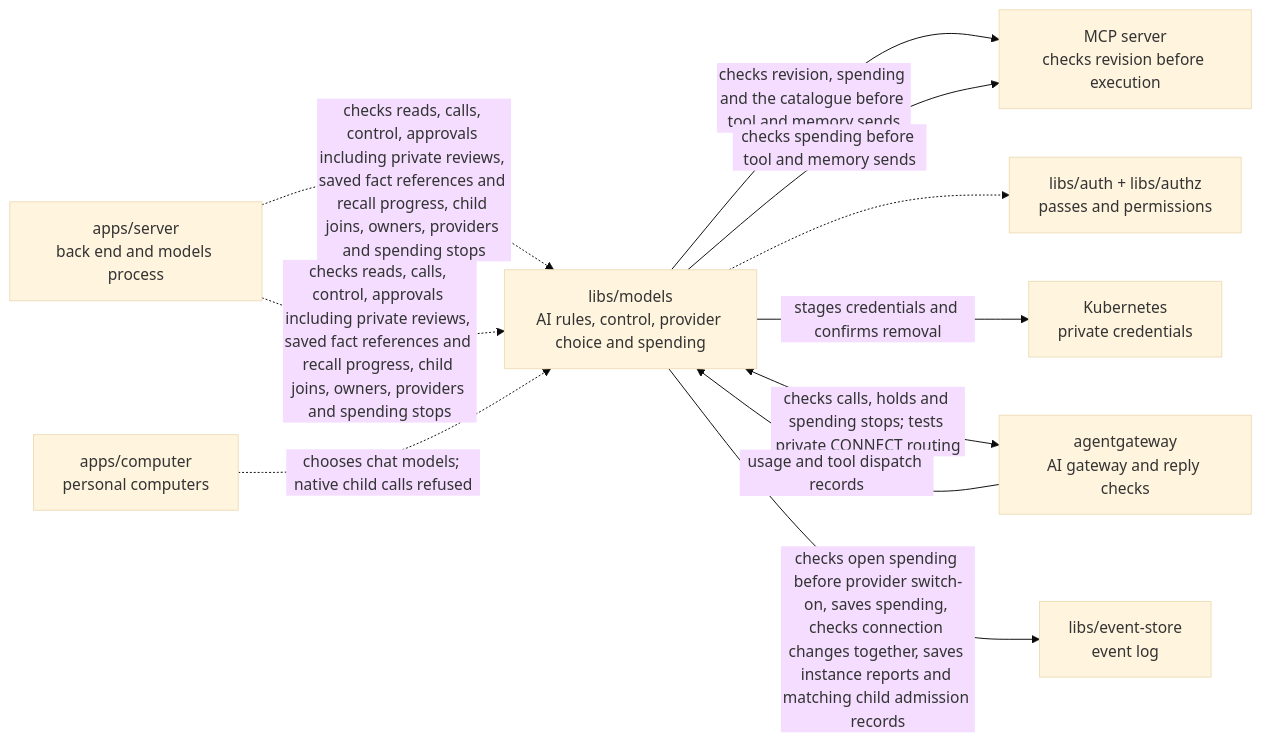
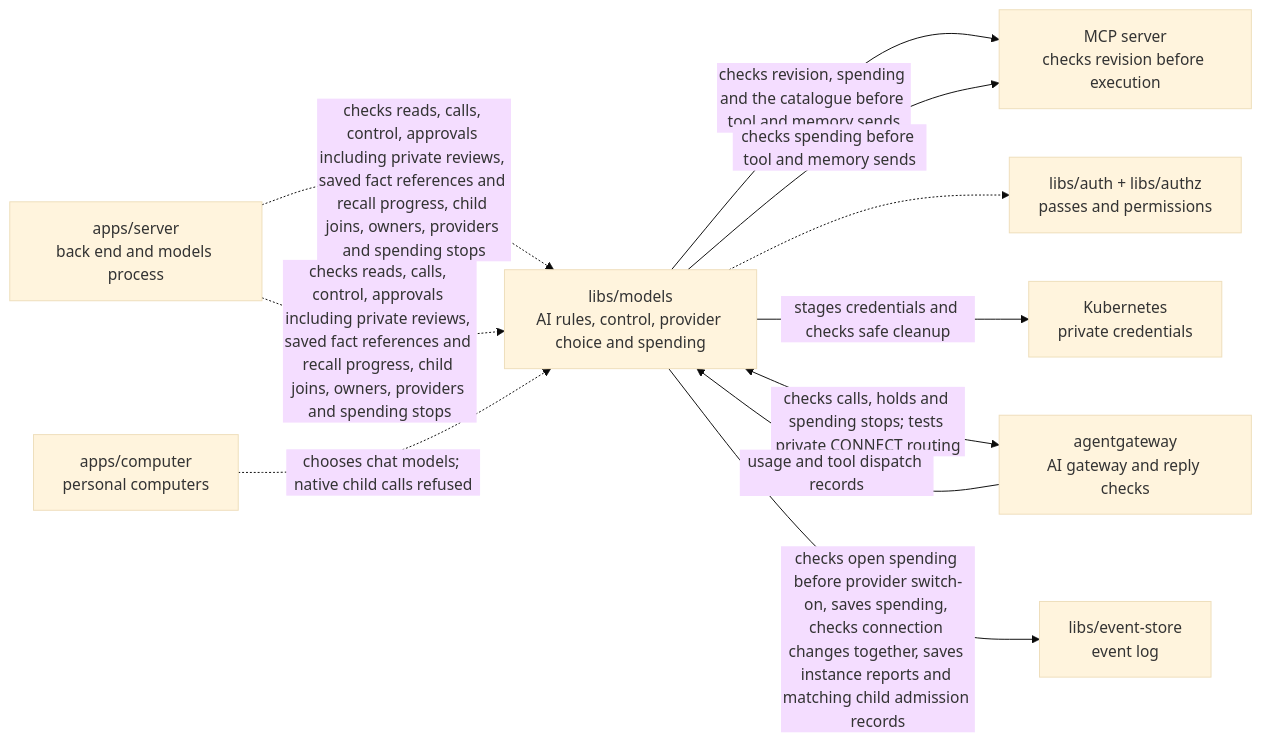
One commit to elewa-git/opencrane-new changed the diagram in libs/models/README.md. Above: the diagram before and after it, drawn with Mermaid (base theme). The commit also changed other lines of this file and 8 other files, not shown here.

````diff
--- a/libs/models/README.md
+++ b/libs/models/README.md
@@ -14,13 +14,13 @@
 ```mermaid
 flowchart LR
   server["apps/server<br/>back end and models process"] -.->|checks reads, calls, control, approvals including private reviews, saved fact references and recall progress, child joins, owners, providers and spending stops| models["libs/models<br/>AI rules, control, provider choice and spending"]
   models -->|checks revision, spending and the catalogue before tool and memory sends| mcp["MCP server<br/>checks revision before execution"]
   server["apps/server<br/>back end and models process"] -.->|checks reads, calls, control, approvals including private reviews, saved fact references and recall progress, child joins, owners, providers and spending stops| models["libs/models<br/>AI rules, control, provider choice and spending"]
   models -->|checks spending before tool and memory sends| mcp["MCP server<br/>checks revision before execution"]
   computer["apps/computer<br/>personal computers"] -.->|chooses chat models; native child calls refused| models
   models -.-> auth["libs/auth + libs/authz<br/>passes and permissions"]
-  models -->|stages credentials and confirms removal| custody["Kubernetes<br/>private credentials"]
+  models -->|stages credentials and checks safe cleanup| custody["Kubernetes<br/>private credentials"]
   models <-->|checks calls, holds and spending stops; tests private CONNECT routing| gateway["agentgateway<br/>AI gateway and reply checks"]
   gateway -->|usage and tool dispatch records| models
   models -->|checks open spending before provider switch-on, saves spending, checks connection changes together, saves instance reports and matching child admission records| store["libs/event-store<br/>event log"]
 ```
````
